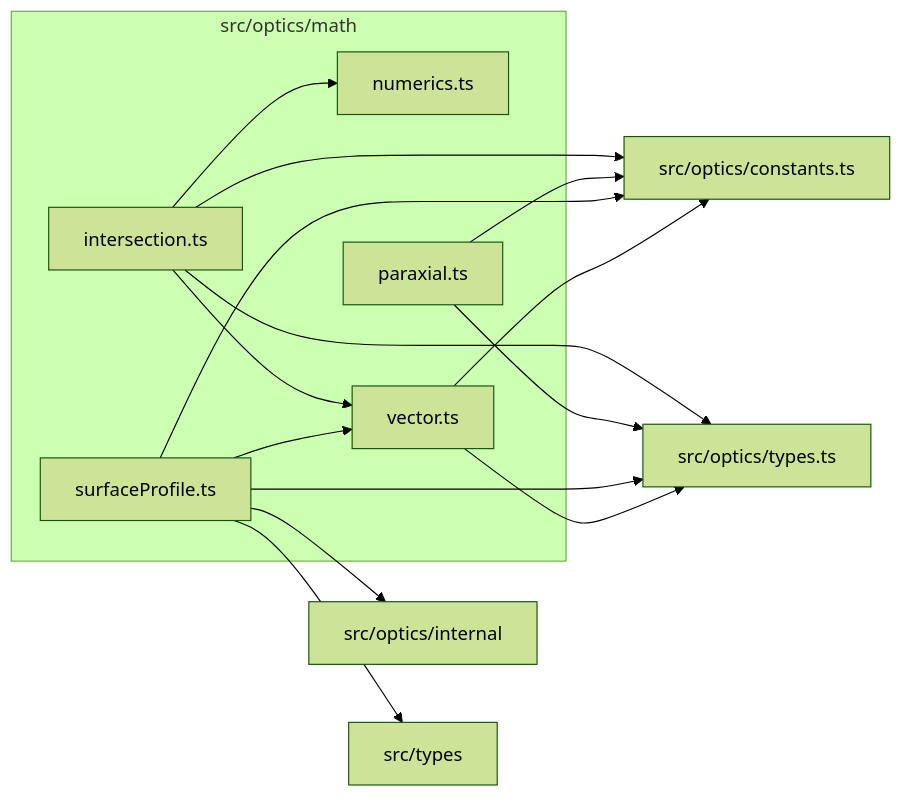
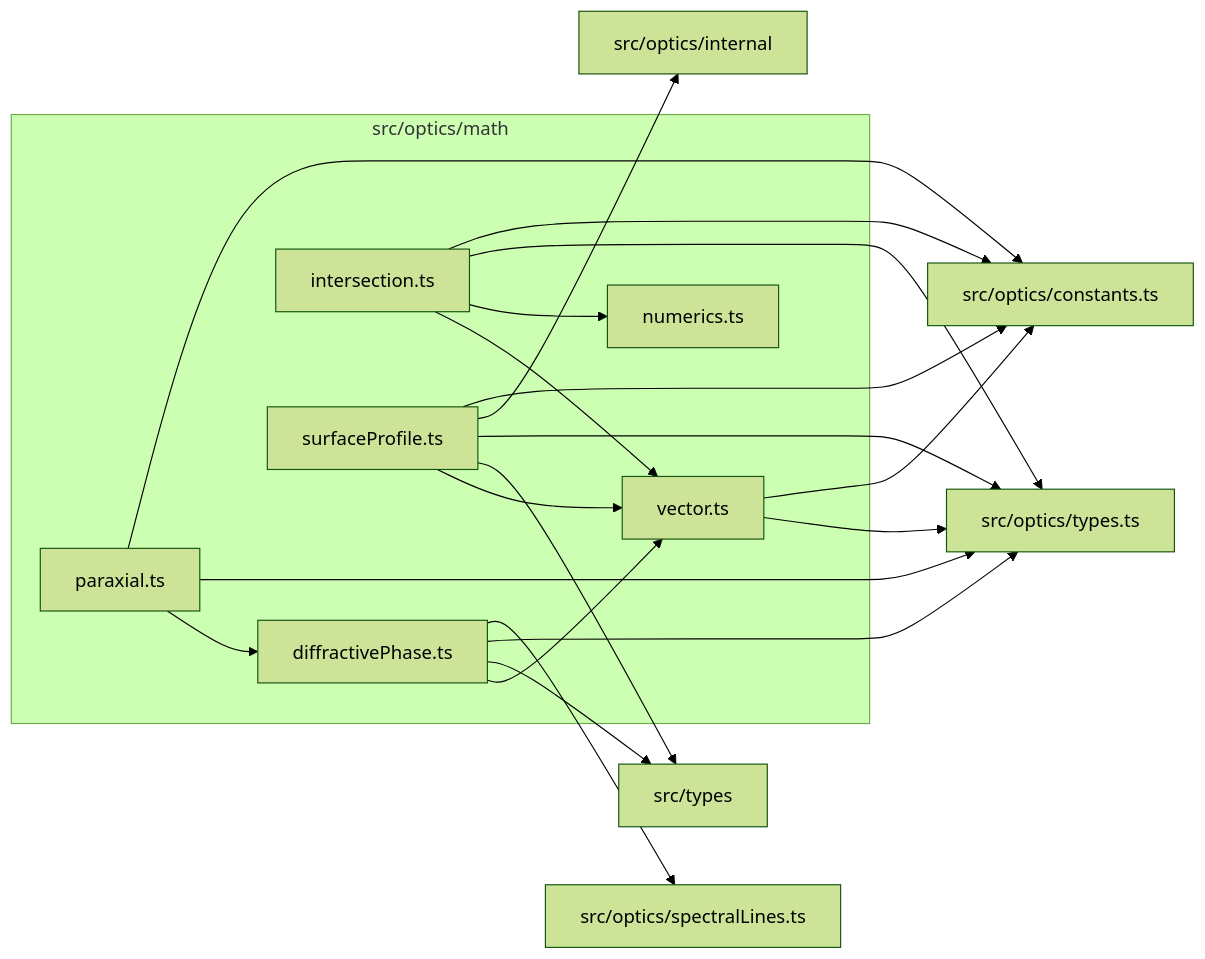
The diagram in src/optics/math/readme.md (ronbuening/LensVisualizer), drawn with Mermaid (forest theme) before and after one commit. The commit also changed other lines of this file and 38 other files, not shown here.

````diff
--- a/src/optics/math/readme.md
+++ b/src/optics/math/readme.md
@@ -9,27 +9,34 @@
 ```mermaid
 flowchart LR
   subgraph n_src_optics_math["src/optics/math"]
+    n_src_optics_math_src_optics_math_diffractivePhase_ts["diffractivePhase.ts"]
     n_src_optics_math_src_optics_math_intersection_ts["intersection.ts"]
     n_src_optics_math_src_optics_math_numerics_ts["numerics.ts"]
     n_src_optics_math_src_optics_math_paraxial_ts["paraxial.ts"]
     n_src_optics_math_src_optics_math_surfaceProfile_ts["surfaceProfile.ts"]
     n_src_optics_math_src_optics_math_vector_ts["vector.ts"]
   end
   n_external_src_optics_constants_ts["src/optics/constants.ts"]
   n_external_src_optics_internal["src/optics/internal"]
+  n_external_src_optics_spectralLines_ts["src/optics/spectralLines.ts"]
   n_external_src_optics_types_ts["src/optics/types.ts"]
   n_external_src_types["src/types"]
   n_src_optics_math_src_optics_math_intersection_ts --> n_external_src_optics_constants_ts
   n_src_optics_math_src_optics_math_paraxial_ts --> n_external_src_optics_constants_ts
   n_src_optics_math_src_optics_math_surfaceProfile_ts --> n_external_src_optics_constants_ts
   n_src_optics_math_src_optics_math_vector_ts --> n_external_src_optics_constants_ts
   n_src_optics_math_src_optics_math_surfaceProfile_ts --> n_external_src_optics_internal
+  n_src_optics_math_src_optics_math_diffractivePhase_ts --> n_external_src_optics_spectralLines_ts
+  n_src_optics_math_src_optics_math_diffractivePhase_ts --> n_external_src_optics_types_ts
   n_src_optics_math_src_optics_math_intersection_ts --> n_external_src_optics_types_ts
   n_src_optics_math_src_optics_math_paraxial_ts --> n_external_src_optics_types_ts
   n_src_optics_math_src_optics_math_surfaceProfile_ts --> n_external_src_optics_types_ts
   n_src_optics_math_src_optics_math_vector_ts --> n_external_src_optics_types_ts
+  n_src_optics_math_src_optics_math_diffractivePhase_ts --> n_external_src_types
   n_src_optics_math_src_optics_math_surfaceProfile_ts --> n_external_src_types
+  n_src_optics_math_src_optics_math_paraxial_ts --> n_src_optics_math_src_optics_math_diffractivePhase_ts
   n_src_optics_math_src_optics_math_intersection_ts --> n_src_optics_math_src_optics_math_numerics_ts
+  n_src_optics_math_src_optics_math_diffractivePhase_ts --> n_src_optics_math_src_optics_math_vector_ts
   n_src_optics_math_src_optics_math_intersection_ts --> n_src_optics_math_src_optics_math_vector_ts
   n_src_optics_math_src_optics_math_surfaceProfile_ts --> n_src_optics_math_src_optics_math_vector_ts
 ```
````
